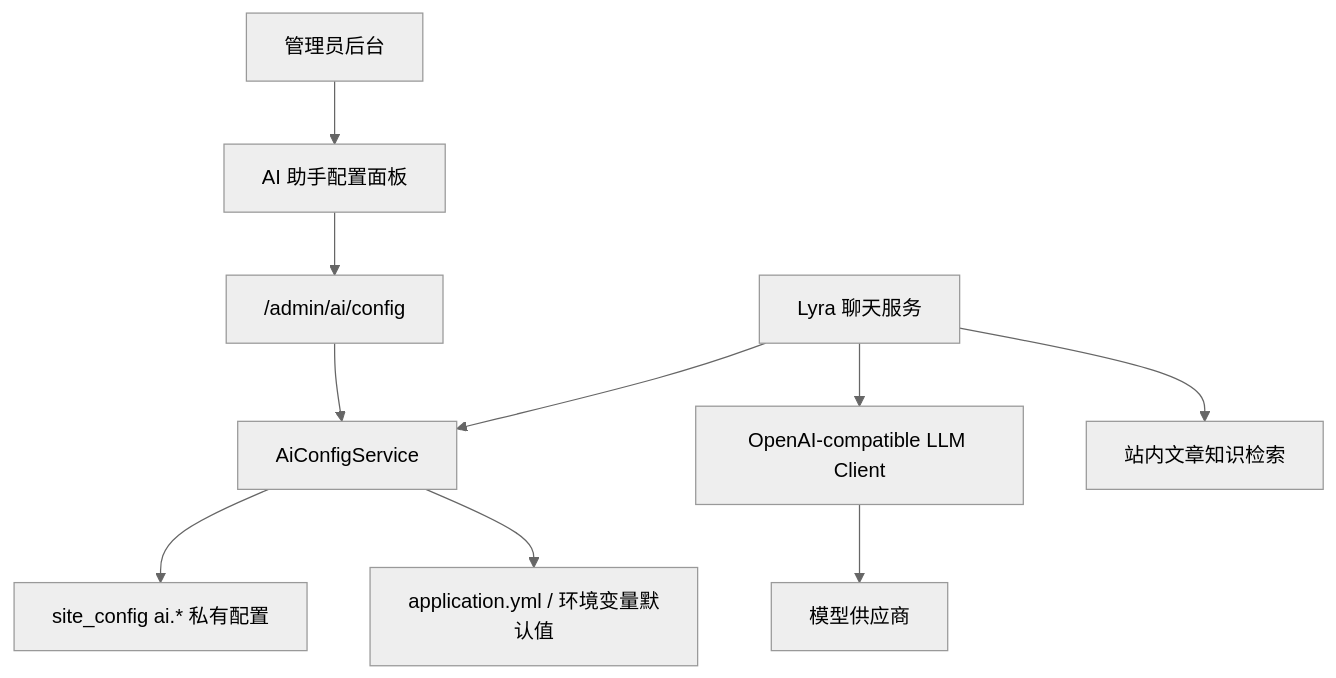
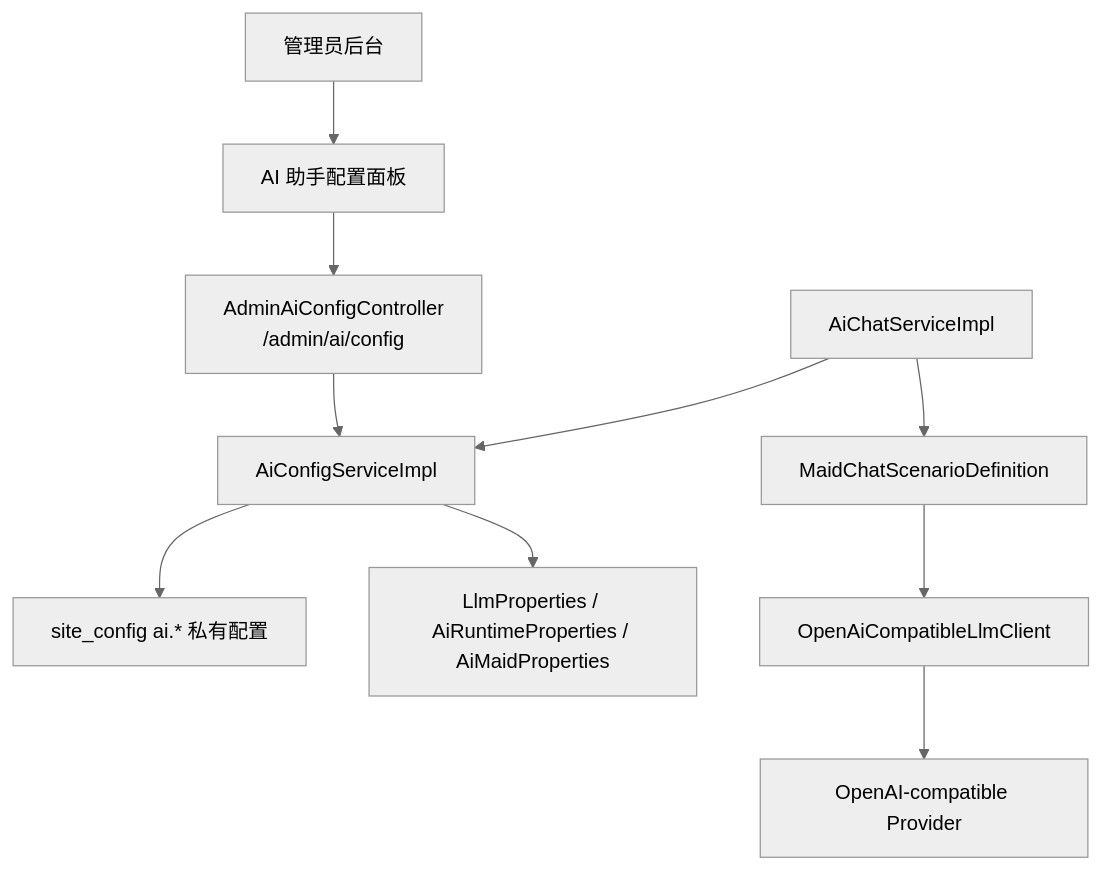
One commit to lightreet/Chen404Bac changed the diagram in doc/architecture/AI女仆后台配置设计.md. Above: the diagram before and after it, drawn with Mermaid (neutral theme). The commit also changed other lines of this file and 5 other files, not shown here.

Commit message:
文档：同步后端架构与AI/旅行地图说明

````diff
--- a/doc/architecture/AI女仆后台配置设计.md
+++ b/doc/architecture/AI女仆后台配置设计.md
@@ -48,12 +40,13 @@
 ```mermaid
 flowchart TD
     Admin["管理员后台"] --> FE["AI 助手配置面板"]
-    FE --> API["/admin/ai/config"]
-    API --> Service["AiConfigService"]
+    FE --> API["AdminAiConfigController<br/>/admin/ai/config"]
+    API --> Service["AiConfigServiceImpl"]
     Service --> DB["site_config ai.* 私有配置"]
-    Service --> Defaults["application.yml / 环境变量默认值"]
-    Chat["Lyra 聊天服务"] --> Service
-    Chat --> LLM["OpenAI-compatible LLM Client"]
-    Chat --> Knowledge["站内文章知识检索"]
-    LLM --> Provider["模型供应商"]
+    Service --> Defaults["LlmProperties / AiRuntimeProperties / AiMaidProperties"]
+
+    Chat["AiChatServiceImpl"] --> Service
+    Chat --> Scenario["MaidChatScenarioDefinition"]
+    Scenario --> LLM["OpenAiCompatibleLlmClient"]
+    LLM --> Provider["OpenAI-compatible Provider"]
 ```
````
